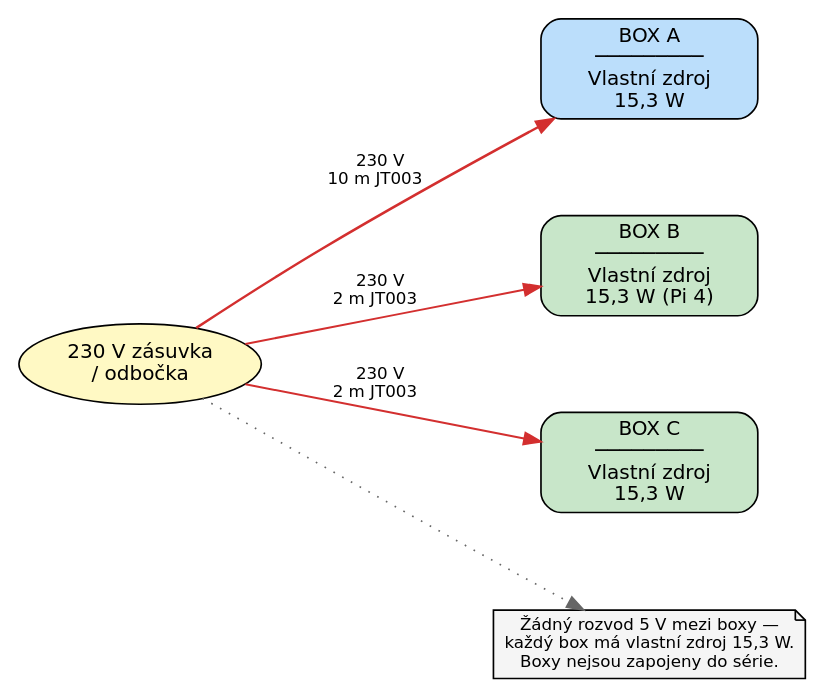
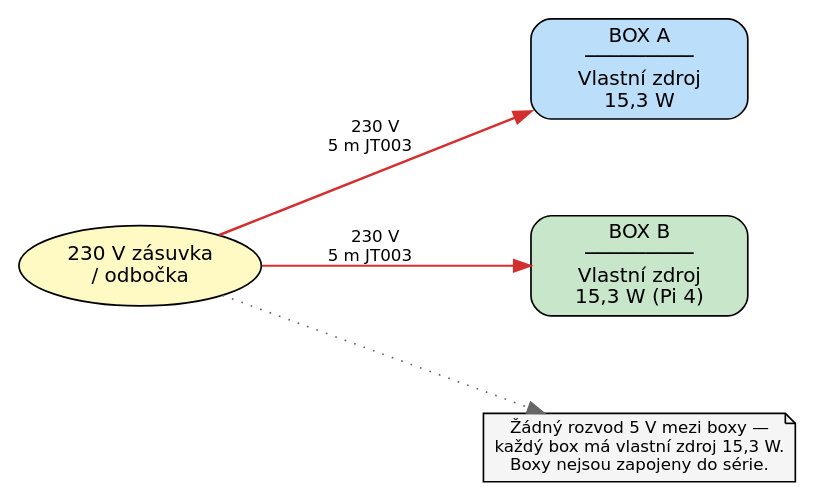
One commit to K0F/1938_ABC changed the diagram in docs/dot/sch_09_power_dist.dot. Above: the diagram before and after it, drawn with Graphviz. The commit also changed 22 other files, not shown here.

```diff
--- a/docs/dot/sch_09_power_dist.dot
+++ b/docs/dot/sch_09_power_dist.dot
@@ -1,23 +1,21 @@
-// SCH §6 — Napájení — každý box samostatně do zásuvky 230 V
+// SCH §5 — Napájení — každý box samostatně do zásuvky 230 V
 digraph G {
     graph [fontname="DejaVu Sans" rankdir=LR bgcolor="white" nodesep=0.8 ranksep=1.0];
 node [fontname="DejaVu Sans" fontsize=12 style="filled"];
 edge [fontname="DejaVu Sans" fontsize=10];
 
 // 230V source
 siet [label="230 V zásuvka\n/ odbočka" shape=oval fillcolor="#fff9c4"];
 
 // Boxes
 boxA [label="BOX A\n─────────\nVlastní zdroj\n15,3 W" shape=box style="filled,rounded" fillcolor="#bbdefb" width=1.8];
 boxB [label="BOX B\n─────────\nVlastní zdroj\n15,3 W (Pi 4)" shape=box style="filled,rounded" fillcolor="#c8e6c9" width=1.8];
-boxC [label="BOX C\n─────────\nVlastní zdroj\n15,3 W" shape=box style="filled,rounded" fillcolor="#c8e6c9" width=1.8];
 
 // Cables — každý box jde do zásuvky samostatně, jen 230 V, 5 V se nerozvádí
-siet -> boxA [label="  230 V\n  10 m JT003  " color="#d32f2f" penwidth=1.5];
-siet -> boxB [label="  230 V\n  2 m JT003  " color="#d32f2f" penwidth=1.2];
-siet -> boxC [label="  230 V\n  2 m JT003  " color="#d32f2f" penwidth=1.2];
+siet -> boxA [label="  230 V\n  5 m JT003  " color="#d32f2f" penwidth=1.5];
+siet -> boxB [label="  230 V\n  5 m JT003  " color="#d32f2f" penwidth=1.2];
 
 // Notes
 note [label="Žádný rozvod 5 V mezi boxy —\nkaždý box má vlastní zdroj 15,3 W.\nBoxy nejsou zapojeny do série." shape=note fillcolor="#f5f5f5" fontsize=10];
 siet -> note [style=dotted color="#666666"];
 }
```
